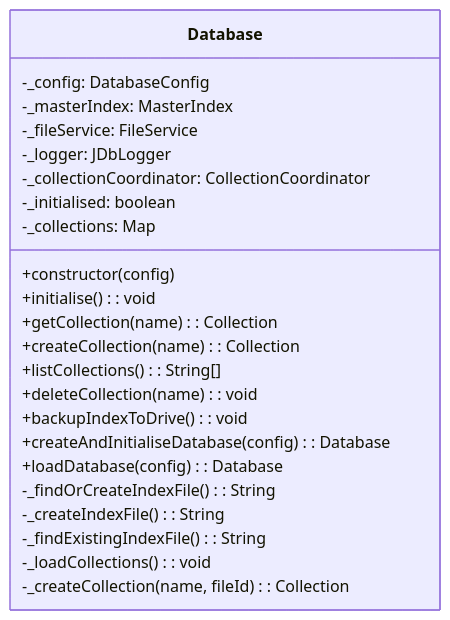
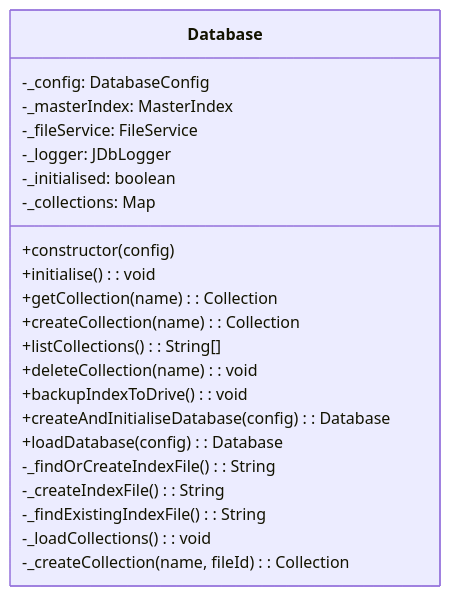
One commit to h-arnold/JsonDbApp changed the first of 20 diagrams in docs/developers/Class_Diagrams.md. Above: the diagram before and after it, drawn with Mermaid. The commit also changed other lines of this file and 26 other files, not shown here.

````diff
--- a/docs/developers/Class_Diagrams.md
+++ b/docs/developers/Class_Diagrams.md
@@ -35,26 +36,25 @@
 ```mermaid
 classDiagram
     class Database {
         -_config: DatabaseConfig
         -_masterIndex: MasterIndex
         -_fileService: FileService
         -_logger: JDbLogger
-        -_collectionCoordinator: CollectionCoordinator
         -_initialised: boolean
         -_collections: Map
         +constructor(config)
         +initialise(): void
         +getCollection(name): Collection
         +createCollection(name): Collection
         +listCollections(): String[]
         +deleteCollection(name): void
         +backupIndexToDrive(): void
     +createAndInitialiseDatabase(config): Database
     +loadDatabase(config): Database
         -_findOrCreateIndexFile(): String
         -_createIndexFile(): String
         -_findExistingIndexFile(): String
         -_loadCollections(): void
         -_createCollection(name, fileId): Collection
     }
 ```
````
